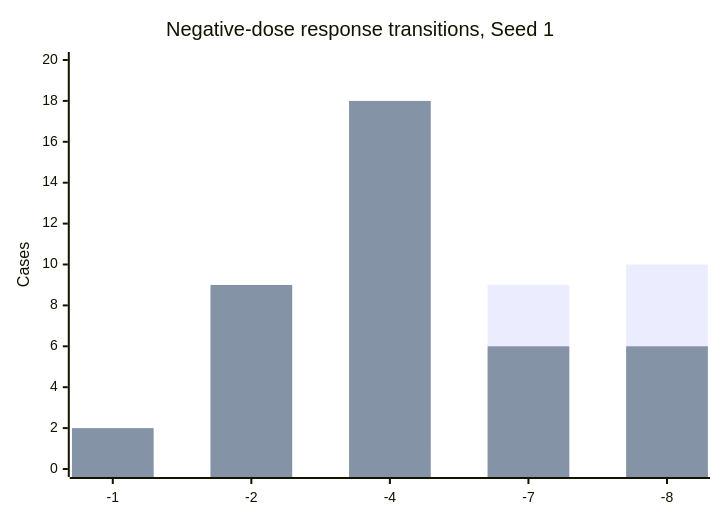
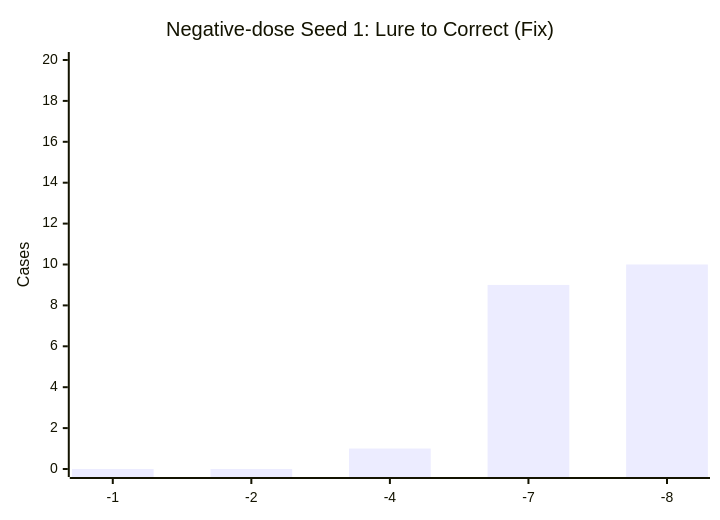
Before and after one commit to davidkss/mindscopex_analysis: the sixth of 7 diagrams in research/journal/2026-10-19_2026-10-21.md, drawn with Mermaid. The commit also changed other lines of this file, not shown here.

Commit message:
docs: separate negative-dose transition graphs and fix bold spacing

````diff
--- a/research/journal/2026-10-19_2026-10-21.md
+++ b/research/journal/2026-10-19_2026-10-21.md
@@ -160,8 +172,7 @@
 ```mermaid
 xychart-beta
-    title "Negative-dose response transitions, Seed 1"
+    title "Negative-dose Seed 1: Lure to Correct (Fix)"
     x-axis ["-1", "-2", "-4", "-7", "-8"]
     y-axis "Cases" 0 --> 20
     bar [0, 0, 1, 9, 10]
-    bar [2, 9, 18, 6, 6]
 ```
````
